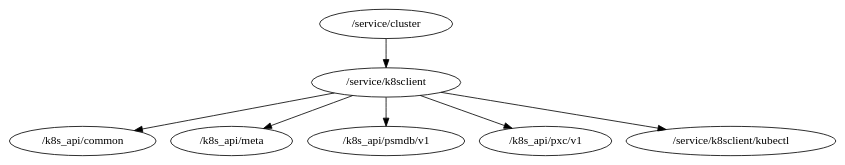
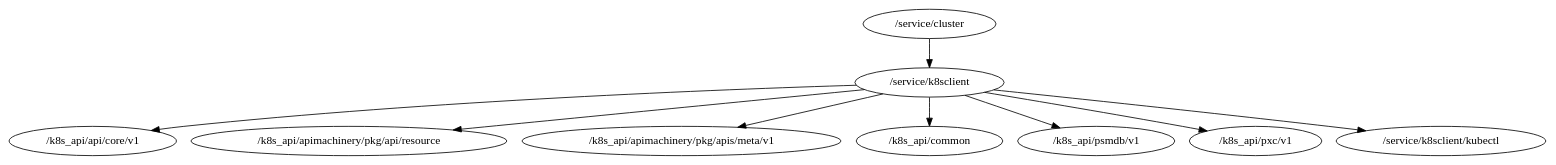
The diagram in packages.dot (percona/dbaas-controller), drawn with Graphviz before and after one commit. The commit also changed 26 other files, not shown here.

```diff
--- a/packages.dot
+++ b/packages.dot
@@ -1,8 +1,10 @@
 digraph packages {
 	"/service/cluster" -> "/service/k8sclient";
+	"/service/k8sclient" -> "/k8s_api/api/core/v1";
+	"/service/k8sclient" -> "/k8s_api/apimachinery/pkg/api/resource";
+	"/service/k8sclient" -> "/k8s_api/apimachinery/pkg/apis/meta/v1";
 	"/service/k8sclient" -> "/k8s_api/common";
-	"/service/k8sclient" -> "/k8s_api/meta";
 	"/service/k8sclient" -> "/k8s_api/psmdb/v1";
 	"/service/k8sclient" -> "/k8s_api/pxc/v1";
 	"/service/k8sclient" -> "/service/k8sclient/kubectl";
 }
```
